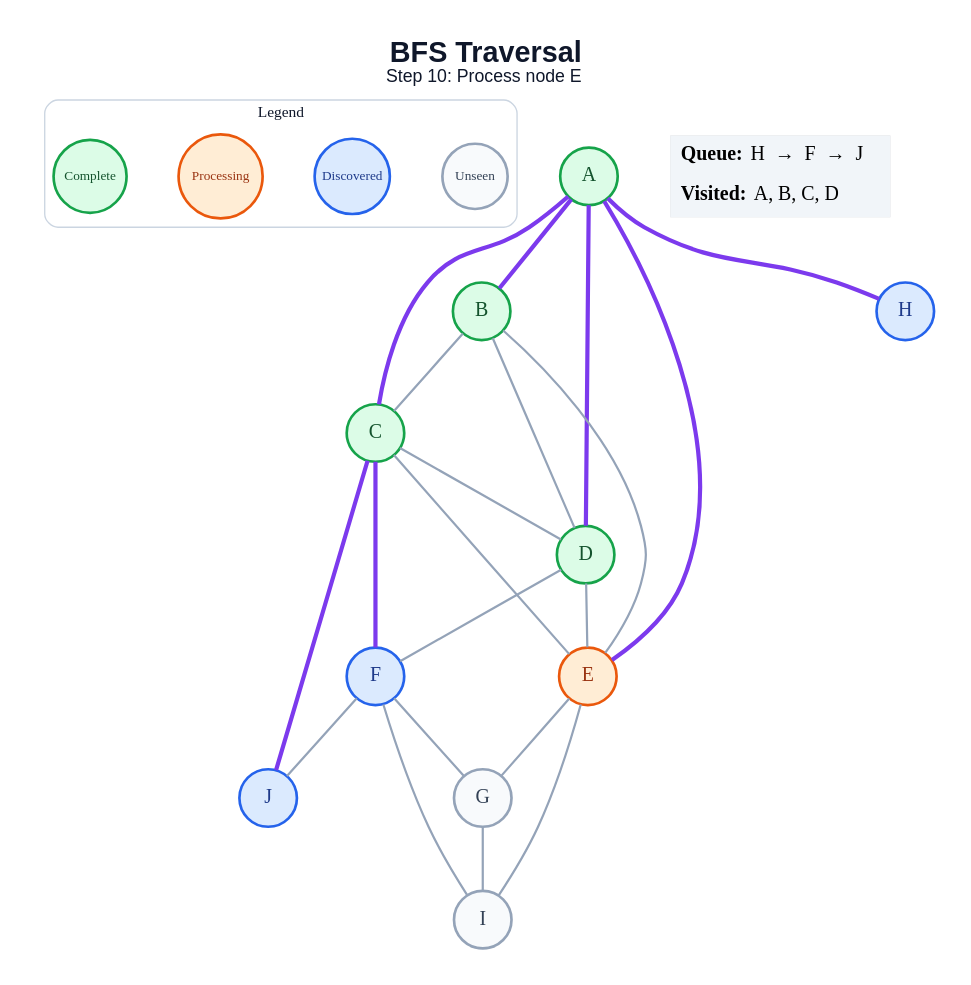
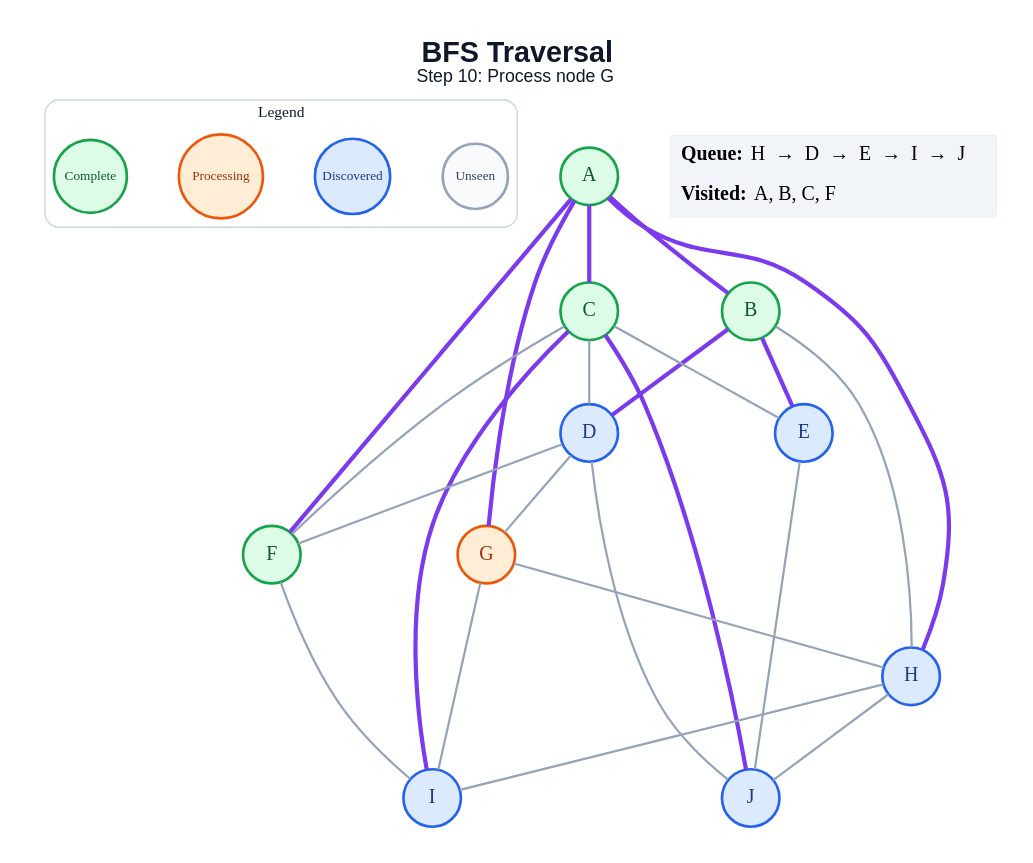
Before and after one commit to amanghodawala9/ai-slop: the diagram in generated/bfs/step_10.dot, drawn with Graphviz. The commit also changed 178 other files, not shown here.

```diff
--- a/generated/bfs/step_10.dot
+++ b/generated/bfs/step_10.dot
@@ -1,49 +1,51 @@
 graph traversal {
   graph [layout=dot, rankdir=TB, bgcolor="#FFFFFF", pad="0.35", nodesep="0.65", ranksep="0.8", fontname="Arial"];
   node [shape=circle, style="filled", fontname="Arial Bold", fontsize=18, width=0.72, fixedsize=true, penwidth=2.4];
   edge [color="#94A3B8", penwidth=2.0];
-  label=<<B>BFS Traversal</B><BR/><FONT POINT-SIZE="16">Step 10: Process node E</FONT>>; labelloc="t"; fontsize=26; fontname="Arial"; fontcolor="#0F172A";
+  label=<<B>BFS Traversal</B><BR/><FONT POINT-SIZE="16">Step 10: Process node G</FONT>>; labelloc="t"; fontsize=26; fontname="Arial"; fontcolor="#0F172A";
   subgraph cluster_legend { label="Legend"; color="#CBD5E1"; penwidth=1.2; style="rounded"; fontsize=14; fontname="Arial Bold";
     key_unseen [label="Unseen", fillcolor="#F8FAFC", color="#94A3B8", fontcolor="#334155", fontsize=12, width=0.82];
     key_frontier [label="Discovered", fillcolor="#DBEAFE", color="#2563EB", fontcolor="#1E3A8A", fontsize=12, width=0.95];
     key_current [label="Processing", fillcolor="#FFEDD5", color="#EA580C", fontcolor="#9A3412", fontsize=12, width=1.05];
     key_done [label="Complete", fillcolor="#DCFCE7", color="#16A34A", fontcolor="#14532D", fontsize=12, width=0.92];
     { rank=same; key_unseen; key_frontier; key_current; key_done; }
   }
   A [fillcolor="#DCFCE7", color="#16A34A", fontcolor="#14532D"];
   B [fillcolor="#DCFCE7", color="#16A34A", fontcolor="#14532D"];
   C [fillcolor="#DCFCE7", color="#16A34A", fontcolor="#14532D"];
-  D [fillcolor="#DCFCE7", color="#16A34A", fontcolor="#14532D"];
-  E [fillcolor="#FFEDD5", color="#EA580C", fontcolor="#9A3412"];
-  F [fillcolor="#DBEAFE", color="#2563EB", fontcolor="#1E3A8A"];
-  G [fillcolor="#F8FAFC", color="#94A3B8", fontcolor="#334155"];
+  D [fillcolor="#DBEAFE", color="#2563EB", fontcolor="#1E3A8A"];
+  E [fillcolor="#DBEAFE", color="#2563EB", fontcolor="#1E3A8A"];
+  F [fillcolor="#DCFCE7", color="#16A34A", fontcolor="#14532D"];
+  G [fillcolor="#FFEDD5", color="#EA580C", fontcolor="#9A3412"];
   H [fillcolor="#DBEAFE", color="#2563EB", fontcolor="#1E3A8A"];
-  I [fillcolor="#F8FAFC", color="#94A3B8", fontcolor="#334155"];
+  I [fillcolor="#DBEAFE", color="#2563EB", fontcolor="#1E3A8A"];
   J [fillcolor="#DBEAFE", color="#2563EB", fontcolor="#1E3A8A"];
   A -- B [color="#7C3AED", penwidth=3.8];
   A -- C [color="#7C3AED", penwidth=3.8];
-  A -- D [color="#7C3AED", penwidth=3.8];
-  A -- E [color="#7C3AED", penwidth=3.8];
+  A -- F [color="#7C3AED", penwidth=3.8];
+  A -- G [color="#7C3AED", penwidth=3.8];
   A -- H [color="#7C3AED", penwidth=3.8];
-  B -- C;
-  B -- D;
-  B -- E;
+  B -- D [color="#7C3AED", penwidth=3.8];
+  B -- E [color="#7C3AED", penwidth=3.8];
+  B -- H;
   C -- D;
   C -- E;
-  C -- F [color="#7C3AED", penwidth=3.8];
+  C -- F;
+  C -- I [color="#7C3AED", penwidth=3.8];
   C -- J [color="#7C3AED", penwidth=3.8];
-  D -- E;
   D -- F;
-  E -- G;
-  E -- I;
-  F -- G;
+  D -- G;
+  D -- J;
+  E -- J;
   F -- I;
-  F -- J;
+  G -- H;
   G -- I;
+  H -- I;
+  H -- J;
   status [shape=plain, fixedsize=false, width=0, height=0, margin=0, label=<
     <TABLE BORDER="0" CELLBORDER="0" CELLPADDING="7" BGCOLOR="#F1F5F9">
-      <TR><TD ALIGN="LEFT"><B>Queue:</B> H  →  F  →  J</TD></TR>
-      <TR><TD ALIGN="LEFT"><B>Visited:</B> A, B, C, D</TD></TR>
+      <TR><TD ALIGN="LEFT"><B>Queue:</B> H  →  D  →  E  →  I  →  J</TD></TR>
+      <TR><TD ALIGN="LEFT"><B>Visited:</B> A, B, C, F</TD></TR>
     </TABLE>
   >];
 }
```
